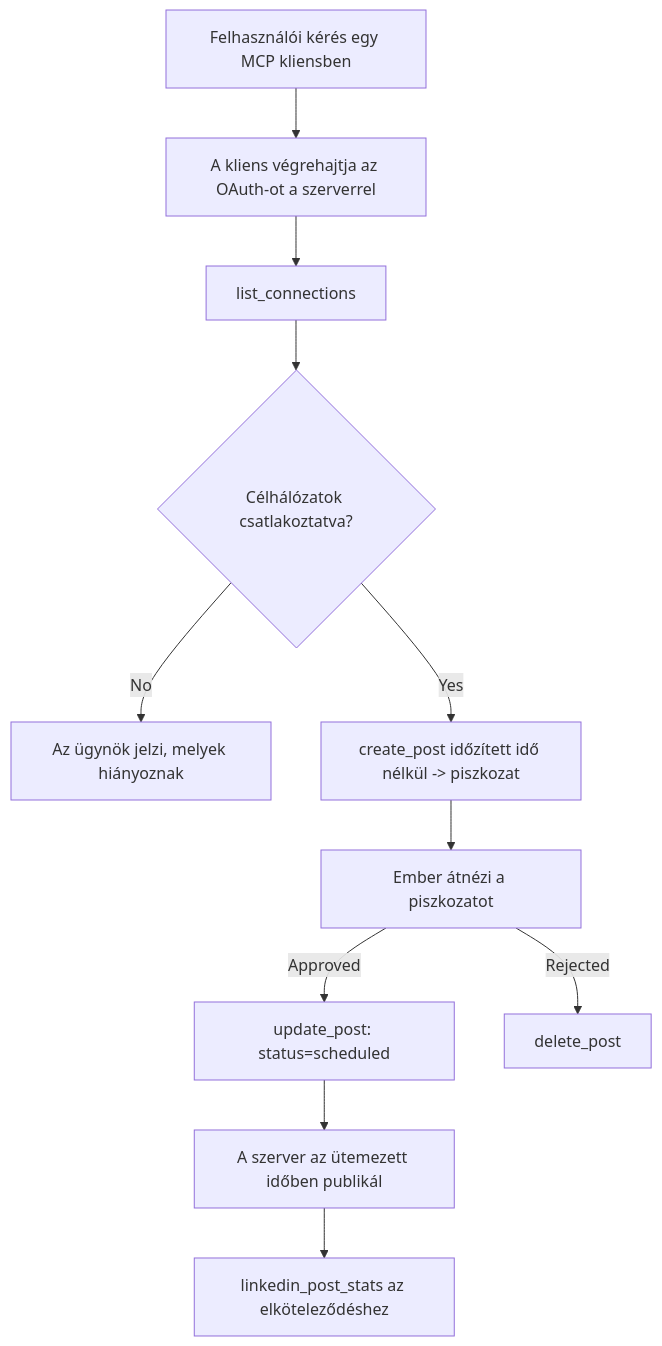
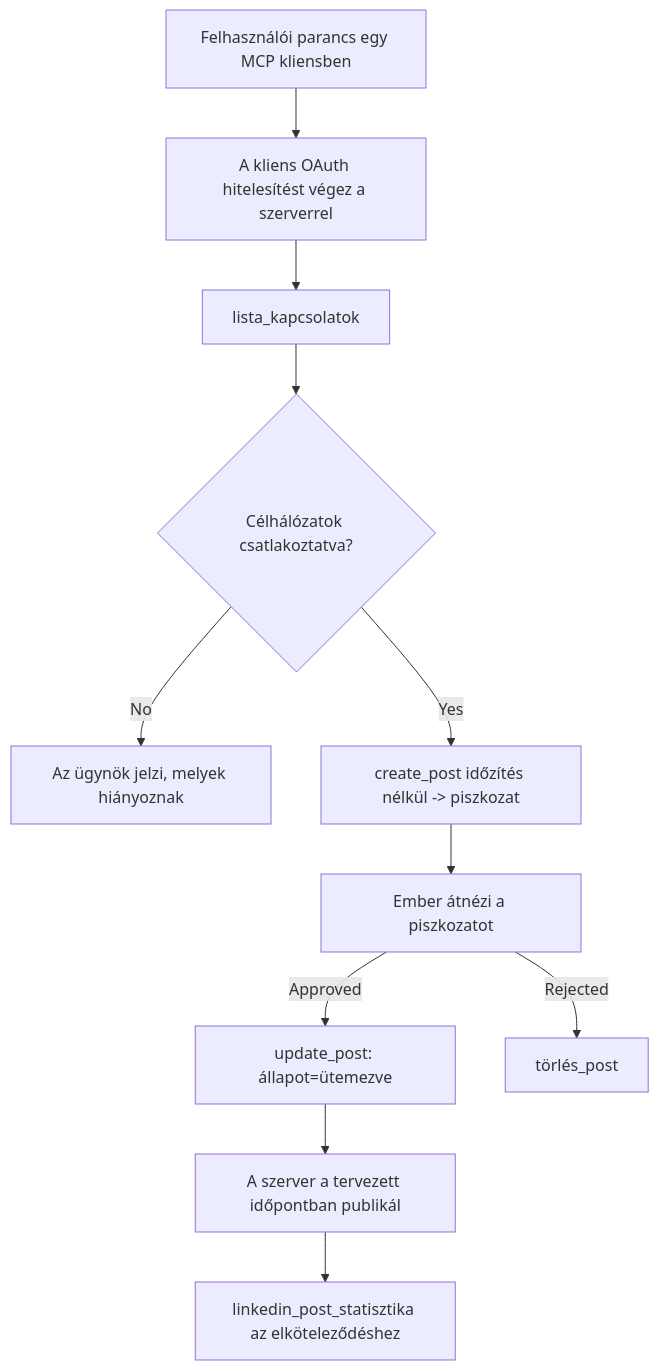
The diagram in translations/hu/09-CaseStudy/publora-social-publishing.md (microsoft/mcp-for-beginners), drawn with Mermaid before and after one commit. The commit also changed other lines of this file and 140 other files, not shown here.

````diff
--- a/translations/hu/09-CaseStudy/publora-social-publishing.md
+++ b/translations/hu/09-CaseStudy/publora-social-publishing.md
@@ -47,13 +47,13 @@
 ```mermaid
 flowchart TD
-    A[Felhasználói kérés egy MCP kliensben] --> B[A kliens végrehajtja az OAuth-ot a szerverrel]
-    B --> C[list_connections]
+    A[Felhasználói parancs egy MCP kliensben] --> B[A kliens OAuth hitelesítést végez a szerverrel]
+    B --> C[lista_kapcsolatok]
     C --> D{Célhálózatok csatlakoztatva?}
     D -- No --> E[Az ügynök jelzi, melyek hiányoznak]
-    D -- Yes --> F[create_post időzített idő nélkül -> piszkozat]
+    D -- Yes --> F[create_post időzítés nélkül -> piszkozat]
     F --> G[Ember átnézi a piszkozatot]
-    G -- Approved --> H[update_post: status=scheduled]
-    G -- Rejected --> I[delete_post]
-    H --> J[A szerver az ütemezett időben publikál]
-    J --> K[linkedin_post_stats az elköteleződéshez]
+    G -- Approved --> H[update_post: állapot=ütemezve]
+    G -- Rejected --> I[törlés_post]
+    H --> J[A szerver a tervezett időpontban publikál]
+    J --> K[linkedin_post_statisztika az elköteleződéshez]
 ```
````
